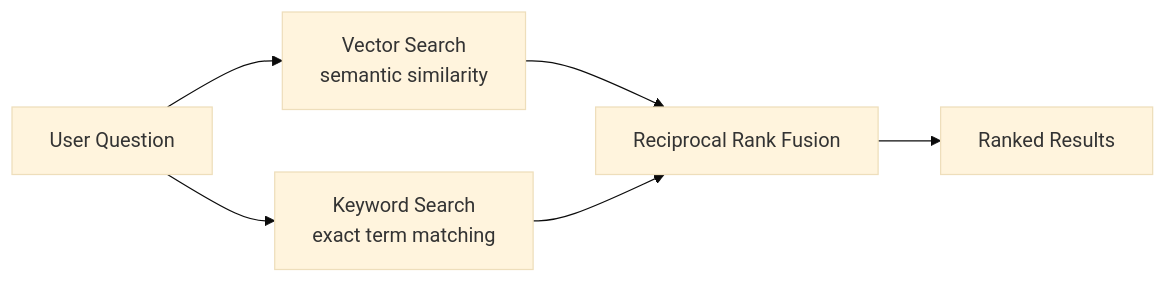
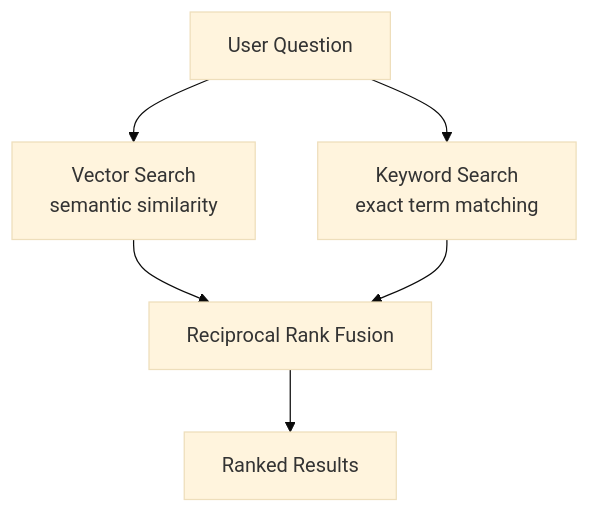
One commit to vmleon/oracle-database-select-ai changed the third of 7 diagrams in docs/articles/01-select-ai-three-ways-to-query.md. Above: the diagram before and after it, drawn with Mermaid (base theme). The commit also changed other lines of this file and 2 other files, not shown here.

Commit message:
docs: add RBAC todo and switch article diagrams to vertical layout

````diff
--- a/docs/articles/01-select-ai-three-ways-to-query.md
+++ b/docs/articles/01-select-ai-three-ways-to-query.md
@@ -264,8 +264,8 @@
 ```mermaid
-graph LR
+graph TB
     Q[User Question] --> VS[Vector Search<br/>semantic similarity]
     Q --> KS[Keyword Search<br/>exact term matching]
     VS --> RRF[Reciprocal Rank Fusion]
     KS --> RRF
     RRF --> Results[Ranked Results]
 ```
````
